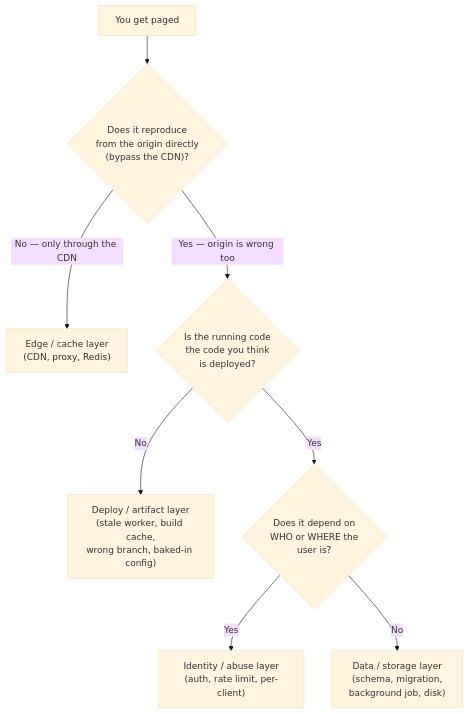
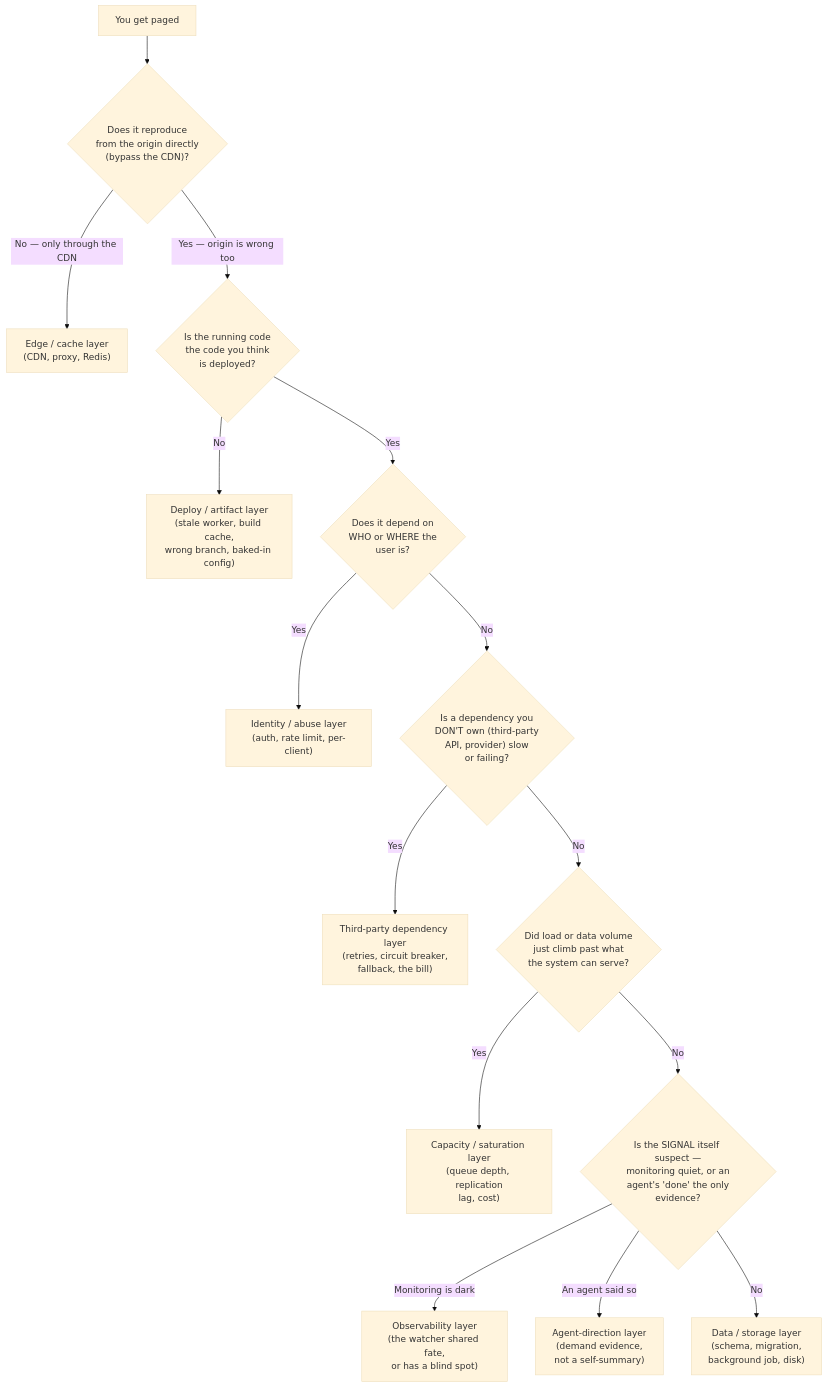
Before and after one commit to Tamoura/system-design-for-vibe-coders: the first of 2 diagrams in modules/12-capstone/module.md, drawn with Mermaid (base theme). The commit also changed other lines of this file and 3 other files, not shown here.

````diff
--- a/modules/12-capstone/module.md
+++ b/modules/12-capstone/module.md
@@ -29,10 +29,17 @@
 ```mermaid
 flowchart TD
     P["You get paged"] --> Q0{"Does it reproduce<br/>from the origin directly<br/>(bypass the CDN)?"}
     Q0 -->|"No — only through the CDN"| EDGE["Edge / cache layer<br/>(CDN, proxy, Redis)"]
     Q0 -->|"Yes — origin is wrong too"| Q1{"Is the running code<br/>the code you think<br/>is deployed?"}
     Q1 -->|"No"| DEPLOY["Deploy / artifact layer<br/>(stale worker, build cache,<br/>wrong branch, baked-in config)"]
     Q1 -->|"Yes"| Q2{"Does it depend on<br/>WHO or WHERE the<br/>user is?"}
     Q2 -->|"Yes"| IDENT["Identity / abuse layer<br/>(auth, rate limit, per-client)"]
-    Q2 -->|"No"| DATA["Data / storage layer<br/>(schema, migration,<br/>background job, disk)"]
+    Q2 -->|"No"| Q3{"Is a dependency you<br/>DON'T own (third-party<br/>API, provider) slow<br/>or failing?"}
+    Q3 -->|"Yes"| THIRD["Third-party dependency layer<br/>(retries, circuit breaker,<br/>fallback, the bill)"]
+    Q3 -->|"No"| Q4{"Did load or data volume<br/>just climb past what<br/>the system can serve?"}
+    Q4 -->|"Yes"| CAP["Capacity / saturation layer<br/>(queue depth, replication<br/>lag, cost)"]
+    Q4 -->|"No"| Q5{"Is the SIGNAL itself suspect —<br/>monitoring quiet, or an<br/>agent's 'done' the only<br/>evidence?"}
+    Q5 -->|"Monitoring is dark"| BLIND["Observability layer<br/>(the watcher shared fate,<br/>or has a blind spot)"]
+    Q5 -->|"An agent said so"| AGENT["Agent-direction layer<br/>(demand evidence,<br/>not a self-summary)"]
+    Q5 -->|"No"| DATA["Data / storage layer<br/>(schema, migration,<br/>background job, disk)"]
 ```
````
